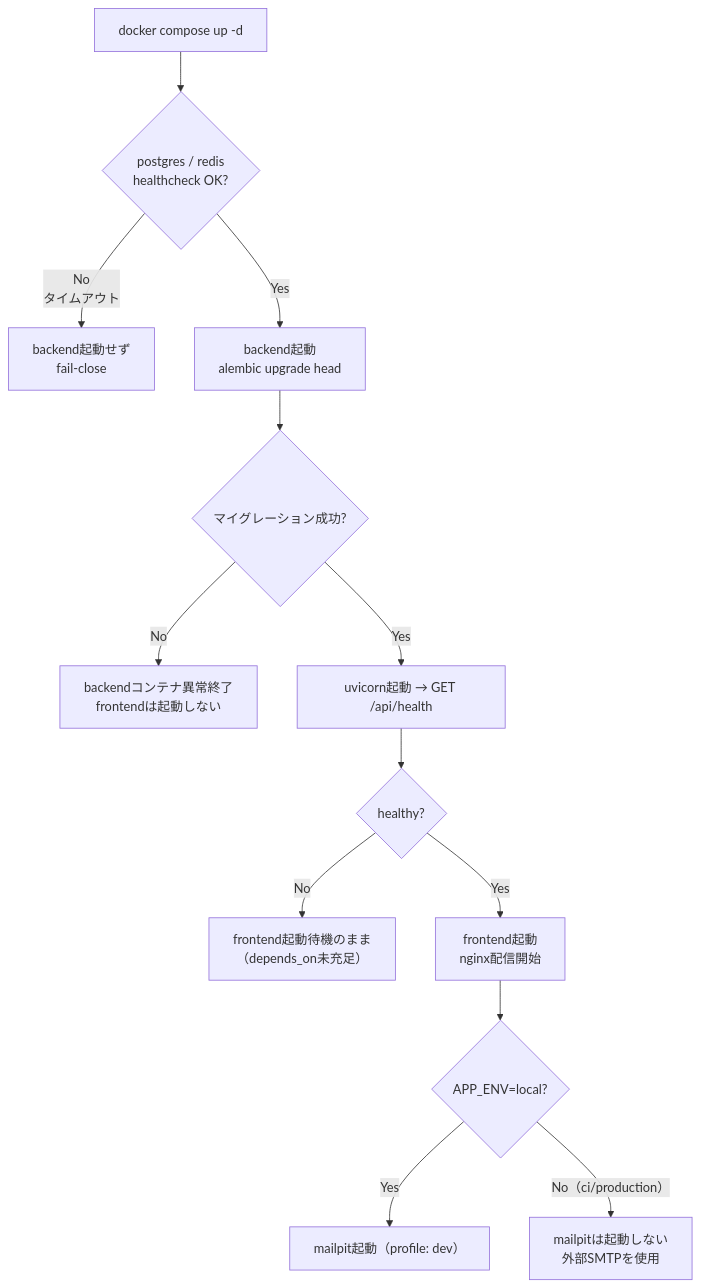
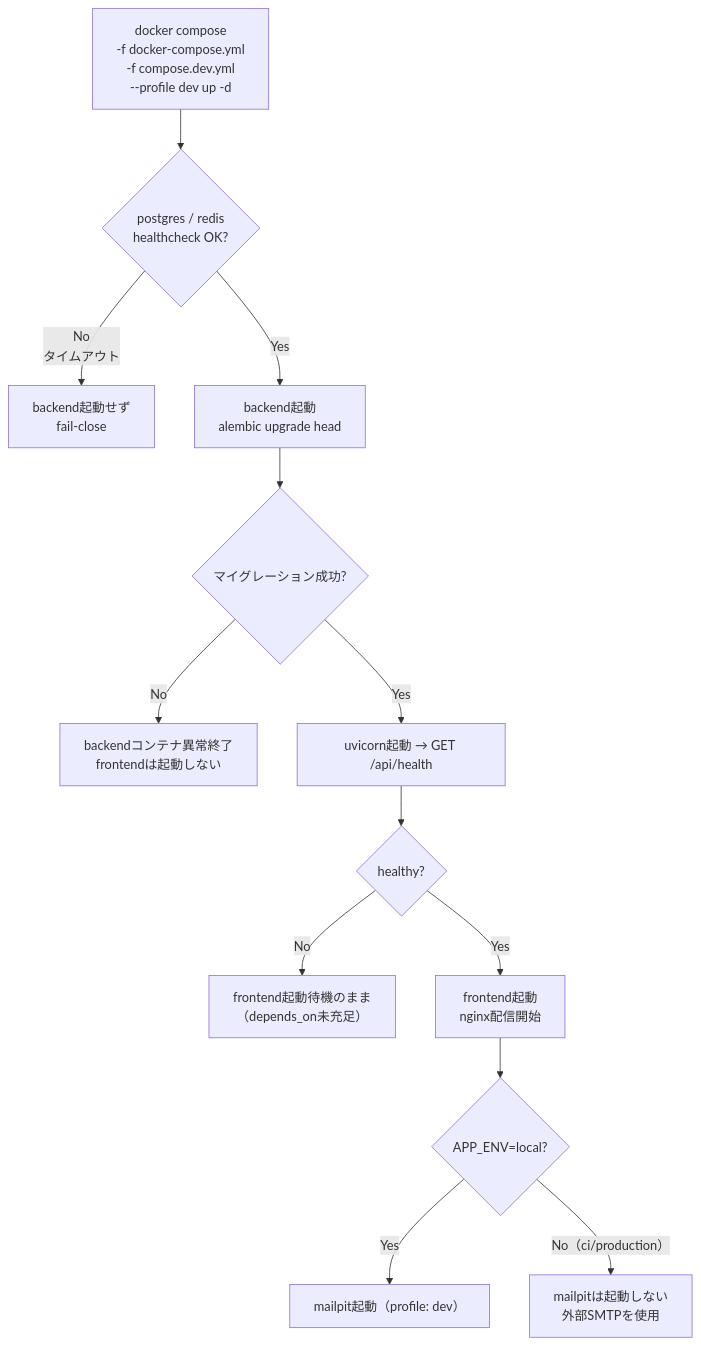
The third of 5 diagrams in docs/detailed_design/infra/01_docker_compose.md (oikawa-d/task_management), drawn with Mermaid before and after one commit. The commit also changed other lines of this file and 5 other files, not shown here.

````diff
--- a/docs/detailed_design/infra/01_docker_compose.md
+++ b/docs/detailed_design/infra/01_docker_compose.md
@@ -121,15 +121,15 @@
 ```mermaid
 flowchart TB
-    A["docker compose up -d"] --> B{"postgres / redis<br/>healthcheck OK?"}
+    A["docker compose<br/>-f docker-compose.yml<br/>-f compose.dev.yml<br/>--profile dev up -d"] --> B{"postgres / redis<br/>healthcheck OK?"}
     B -->|No<br/>タイムアウト| F1["backend起動せず<br/>fail-close"]
     B -->|Yes| C["backend起動<br/>alembic upgrade head"]
     C --> D{"マイグレーション成功?"}
     D -->|No| F2["backendコンテナ異常終了<br/>frontendは起動しない"]
     D -->|Yes| E["uvicorn起動 → GET /api/health"]
     E --> G{"healthy?"}
     G -->|No| F3["frontend起動待機のまま<br/>（depends_on未充足）"]
     G -->|Yes| H["frontend起動<br/>nginx配信開始"]
     H --> I{"APP_ENV=local?"}
     I -->|Yes| J["mailpit起動（profile: dev）"]
     I -->|No（ci/production）| K["mailpitは起動しない<br/>外部SMTPを使用"]
 ```
````
